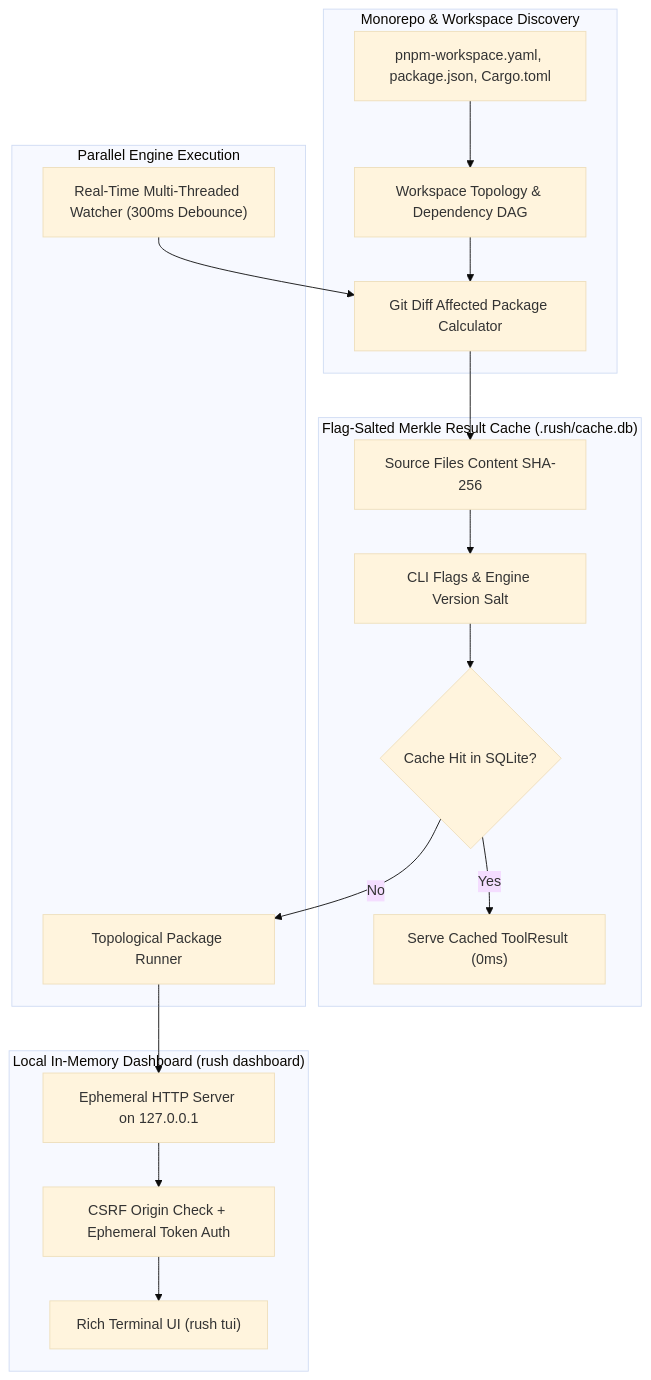
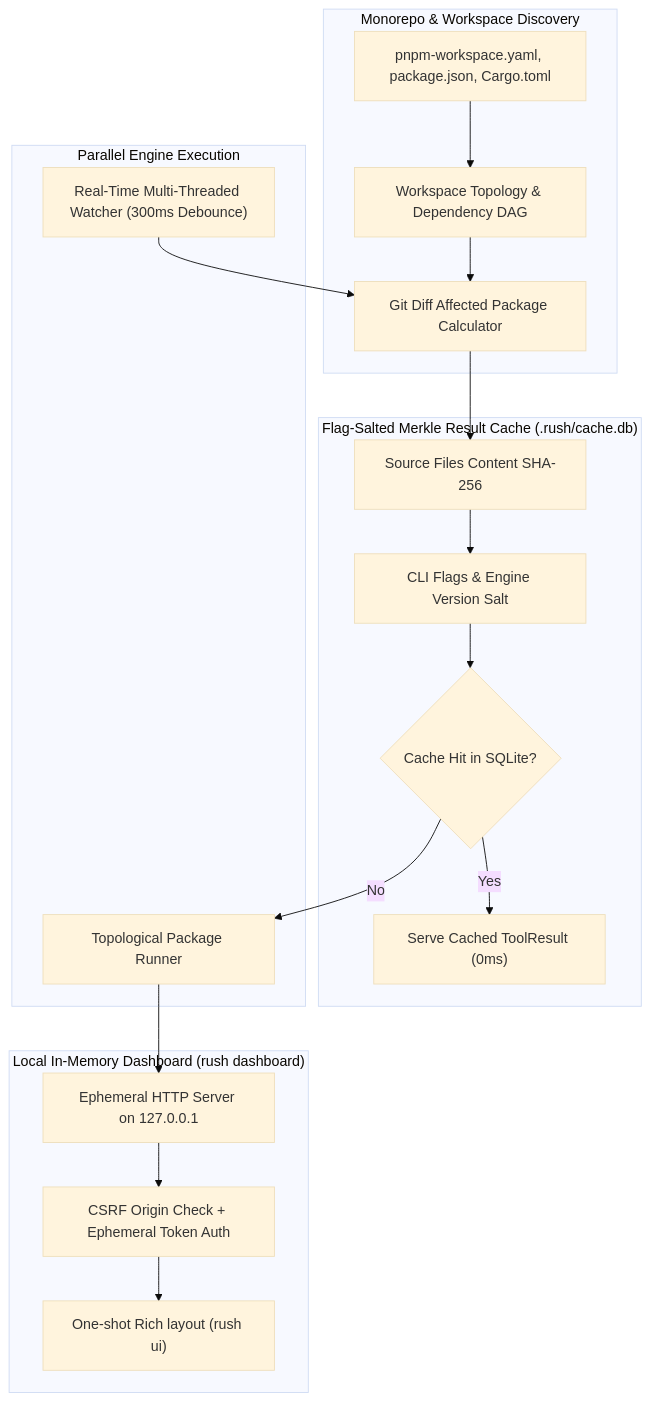
Before and after one commit to jamesdsizemore/rush-cli: the sixth of 9 diagrams in docs/BUNDLE_DIAGRAMS.md, drawn with Mermaid (base theme). The commit also changed other lines of this file and 227 other files, not shown here.

````diff
--- a/docs/BUNDLE_DIAGRAMS.md
+++ b/docs/BUNDLE_DIAGRAMS.md
@@ -246,38 +248,38 @@
 ```mermaid
 flowchart TB
     subgraph Monorepo["Monorepo & Workspace Discovery"]
         Manifests["pnpm-workspace.yaml, package.json, Cargo.toml"]
         WorkspaceDetect["Workspace Topology & Dependency DAG"]
         AffectedCalc["Git Diff Affected Package Calculator"]
     end
 
     subgraph Caching["Flag-Salted Merkle Result Cache (.rush/cache.db)"]
         ContentHash["Source Files Content SHA-256"]
         FlagSalt["CLI Flags & Engine Version Salt"]
         CacheLookup{"Cache Hit in SQLite?"}
         ServeCache["Serve Cached ToolResult (0ms)"]
     end
 
     subgraph Execution["Parallel Engine Execution"]
         TopologicalRun["Topological Package Runner"]
         Watcher["Real-Time Multi-Threaded Watcher (300ms Debounce)"]
     end
 
     subgraph Dashboard["Local In-Memory Dashboard (rush dashboard)"]
         HTTPServer["Ephemeral HTTP Server on 127.0.0.1"]
         SecurityGating["CSRF Origin Check + Ephemeral Token Auth"]
-        RichTUI["Rich Terminal UI (rush tui)"]
+        RichTUI["One-shot Rich layout (rush ui)"]
     end
 
     Manifests --> WorkspaceDetect
     WorkspaceDetect --> AffectedCalc
     AffectedCalc --> ContentHash
     ContentHash --> FlagSalt
     FlagSalt --> CacheLookup
     CacheLookup -- Yes --> ServeCache
     CacheLookup -- No --> TopologicalRun
     Watcher --> AffectedCalc
     TopologicalRun --> HTTPServer
     HTTPServer --> SecurityGating
     SecurityGating --> RichTUI
 ```
````
